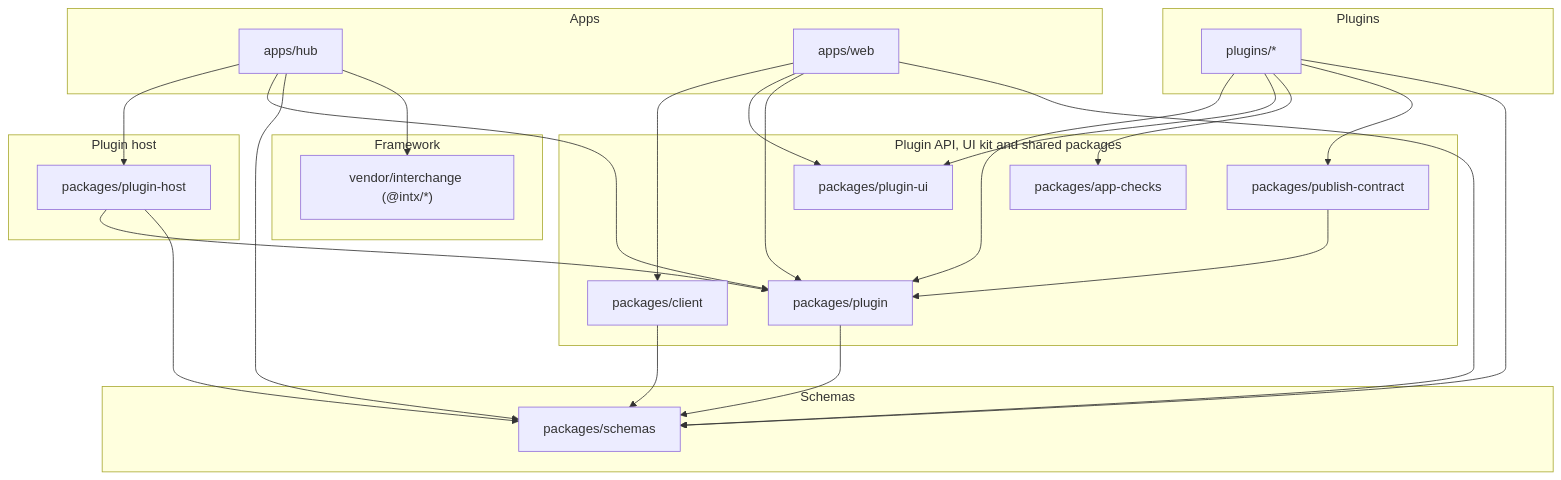
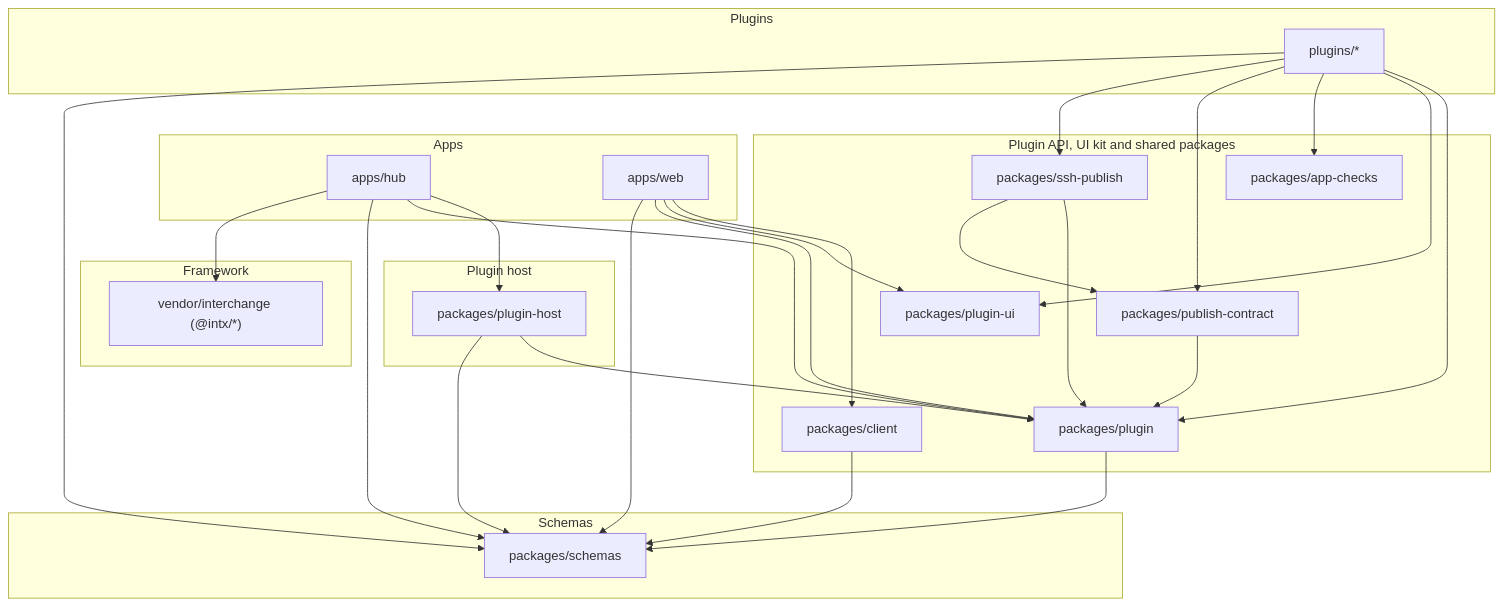
One commit to corbitsdev/corbits-builder changed the diagram in docs/ARCHITECTURE.md. Above: the diagram before and after it, drawn with Mermaid. The commit also changed 20 other files, not shown here.

First line of the commit message:
feat(ssh-publish): release an app to a server over SSH

````diff
--- a/docs/ARCHITECTURE.md
+++ b/docs/ARCHITECTURE.md
@@ -36,45 +36,49 @@
 ```mermaid
 flowchart TD
   subgraph apps["Apps"]
     hub["apps/hub"]
     web["apps/web"]
   end
   subgraph hostlayer["Plugin host"]
     host["packages/plugin-host"]
   end
   subgraph pluginlayer["Plugins"]
     plugins["plugins/*"]
   end
   subgraph shared["Plugin API, UI kit and shared packages"]
     api["packages/plugin"]
     ui["packages/plugin-ui"]
     client["packages/client"]
     checks["packages/app-checks"]
     contract["packages/publish-contract"]
+    ssh["packages/ssh-publish"]
   end
   subgraph base["Schemas"]
     schemas["packages/schemas"]
   end
   subgraph framework["Framework"]
     intx["vendor/interchange (@intx/*)"]
   end
 
   hub --> host
   hub --> api
   hub --> schemas
   hub --> intx
   web --> client
   web --> ui
   web --> api
   web --> schemas
   host --> api
   host --> schemas
   plugins --> api
   plugins --> ui
   plugins --> checks
   plugins --> contract
+  plugins --> ssh
   plugins --> schemas
   api --> schemas
   contract --> api
+  ssh --> api
+  ssh --> contract
   client --> schemas
 ```
````
